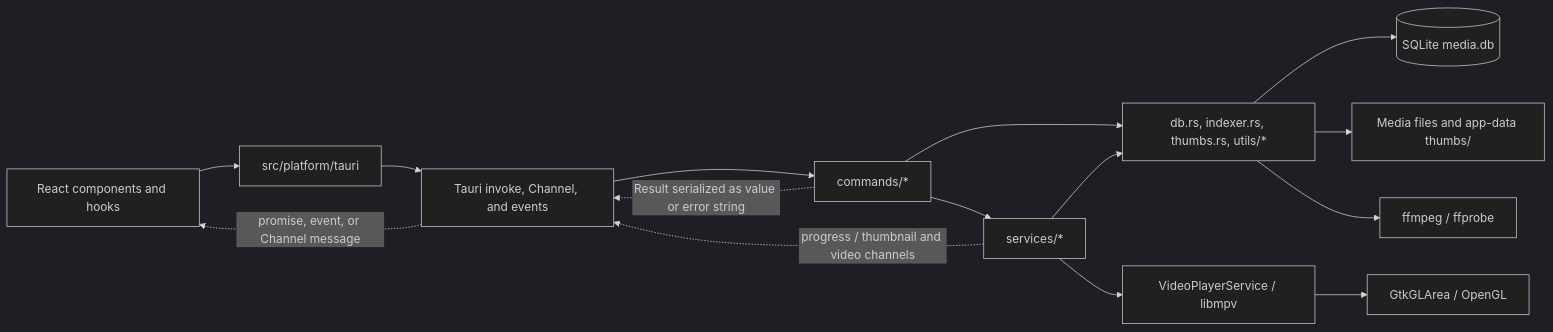
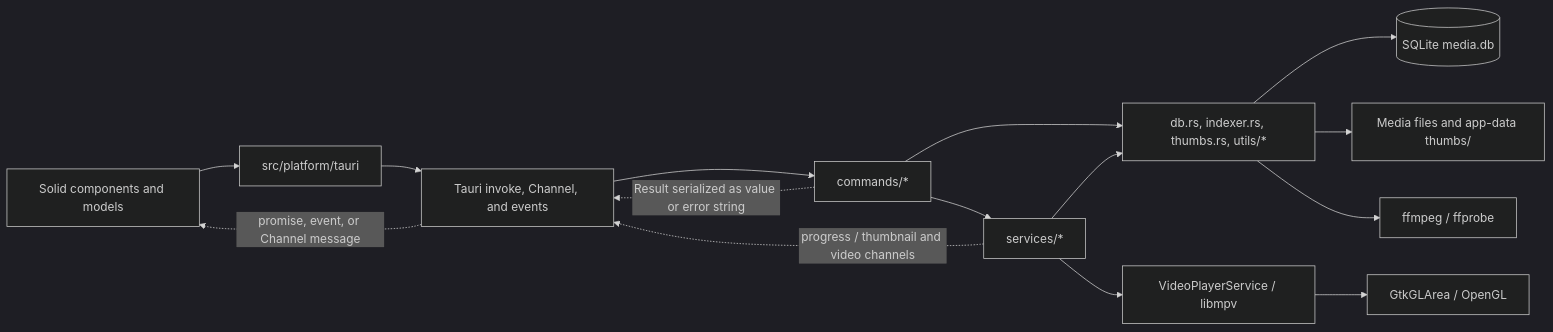
The diagram in docs/architecture/system-overview.md (DawidRoguziak/tagrove), drawn with Mermaid (dark theme) before and after one commit. The commit also changed other lines of this file and 366 other files, not shown here.

Commit message:
refactor: complete Solid migration and remove React

````diff
--- a/docs/architecture/system-overview.md
+++ b/docs/architecture/system-overview.md
@@ -11,26 +11,26 @@
 ```mermaid
 flowchart LR
-    UI["React components and hooks"]
+    UI["Solid components and models"]
     API["src/platform/tauri"]
     IPC["Tauri invoke, Channel, and events"]
     CMD["commands/*"]
     SVC["services/*"]
     CORE["db.rs, indexer.rs, thumbs.rs, utils/*"]
     DB[("SQLite media.db")]
     FS["Media files and app-data thumbs/"]
     TOOLS["ffmpeg / ffprobe"]
     VIDEO["VideoPlayerService / libmpv"]
     GTK["GtkGLArea / OpenGL"]
 
     UI --> API --> IPC --> CMD
     CMD --> SVC
     CMD --> CORE
     SVC --> CORE
     CORE --> DB
     CORE --> FS
     CORE --> TOOLS
     SVC --> VIDEO --> GTK
     CMD -. "Result serialized as value or error string" .-> IPC
     SVC -. "progress / thumbnail and video channels" .-> IPC
     IPC -. "promise, event, or Channel message" .-> UI
 ```
````
